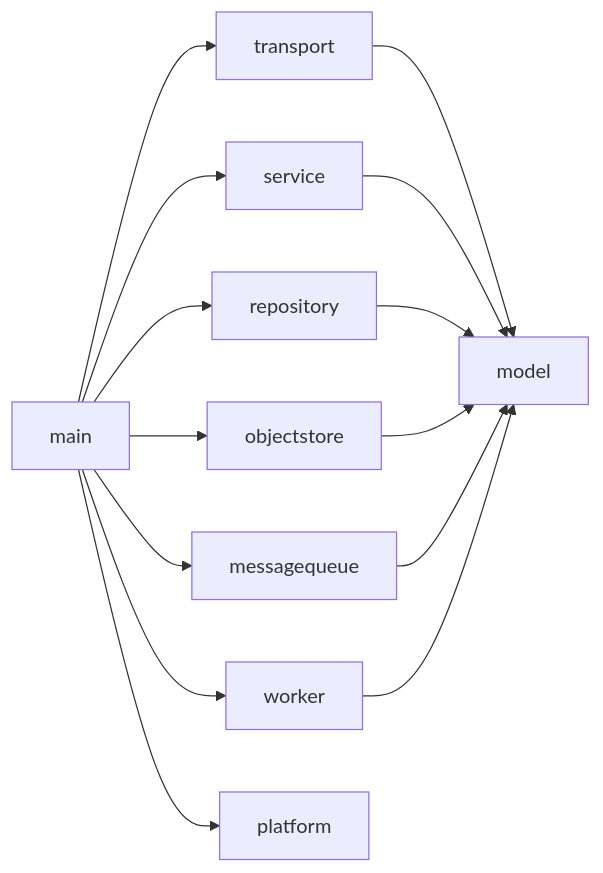
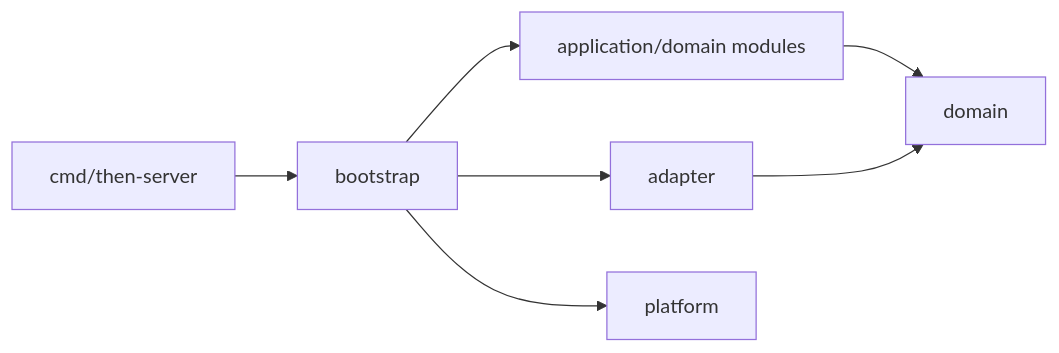
The first of 2 diagrams in docs/design/02-后端架构.md (StephenQiu30/then-server), drawn with Mermaid before and after one commit. The commit also changed other lines of this file and 230 other files, not shown here.

````diff
--- a/docs/design/02-后端架构.md
+++ b/docs/design/02-后端架构.md
@@ -111,16 +107,9 @@
 ```mermaid
 flowchart LR
-    Main[main] --> Transport[transport]
-    Main --> Service[service]
-    Main --> Repository[repository]
-    Main --> ObjectStore[objectstore]
-    Main --> MessageQueue[messagequeue]
-    Main --> Worker[worker]
-    Main --> Platform[platform]
-    Transport --> Model[model]
-    Service --> Model
-    Repository --> Model
-    ObjectStore --> Model
-    MessageQueue --> Model
-    Worker --> Model
+    Command[cmd/then-server] --> Bootstrap[bootstrap]
+    Bootstrap --> Application[application/domain modules]
+    Bootstrap --> Adapter[adapter]
+    Bootstrap --> Platform[platform]
+    Application --> Domain[domain]
+    Adapter --> Domain
 ```
````
